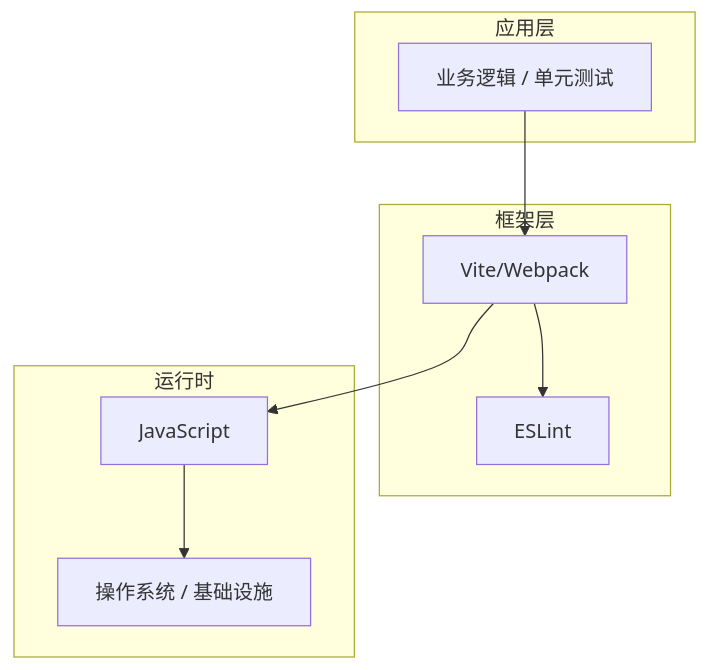
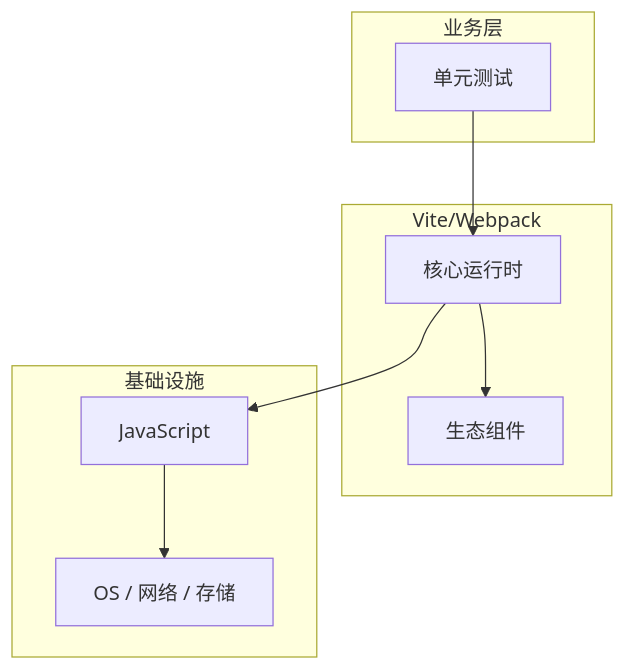
The diagram in articles/前端工程化/chapters/067-单元测试核心概念与原理.md (yanggan2015/knowledge-json-v2), drawn with Mermaid before and after one commit. The commit also changed other lines of this file and 10127 other files, not shown here.

````diff
--- a/articles/前端工程化/chapters/067-单元测试核心概念与原理.md
+++ b/articles/前端工程化/chapters/067-单元测试核心概念与原理.md
@@ -45,18 +34,18 @@
 ```mermaid
 graph TB
-    subgraph 应用层
-        A[业务逻辑 / 单元测试]
+    subgraph 业务层
+        A[单元测试]
     end
-    subgraph 框架层
-        B[Vite/Webpack]
-        C[ESLint]
+    subgraph Vite/Webpack
+        B[核心运行时]
+        C[生态组件]
     end
-    subgraph 运行时
+    subgraph 基础设施
         D[JavaScript]
-        E[操作系统 / 基础设施]
+        E[OS / 网络 / 存储]
     end
     A --> B
     B --> C
     B --> D
     D --> E
 ```
````
